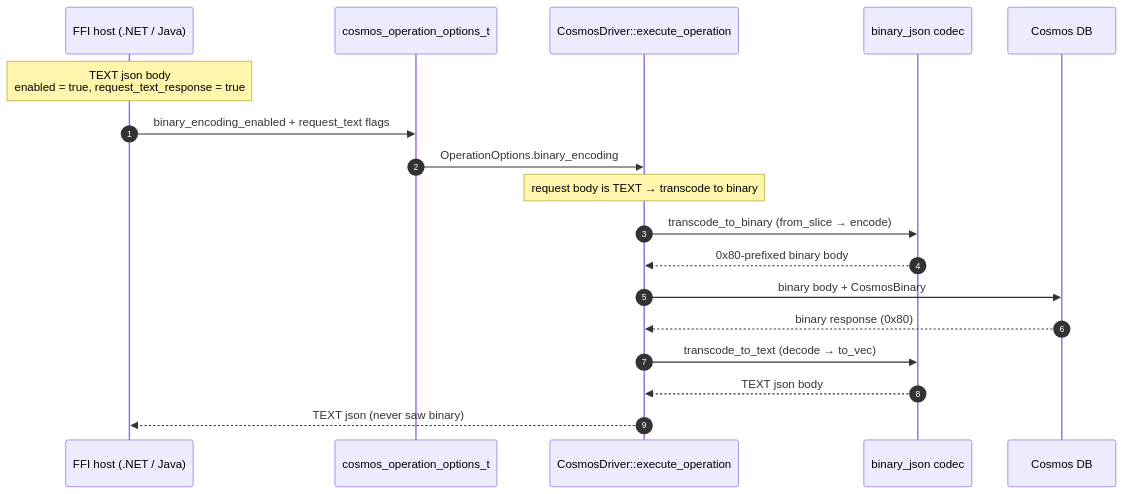
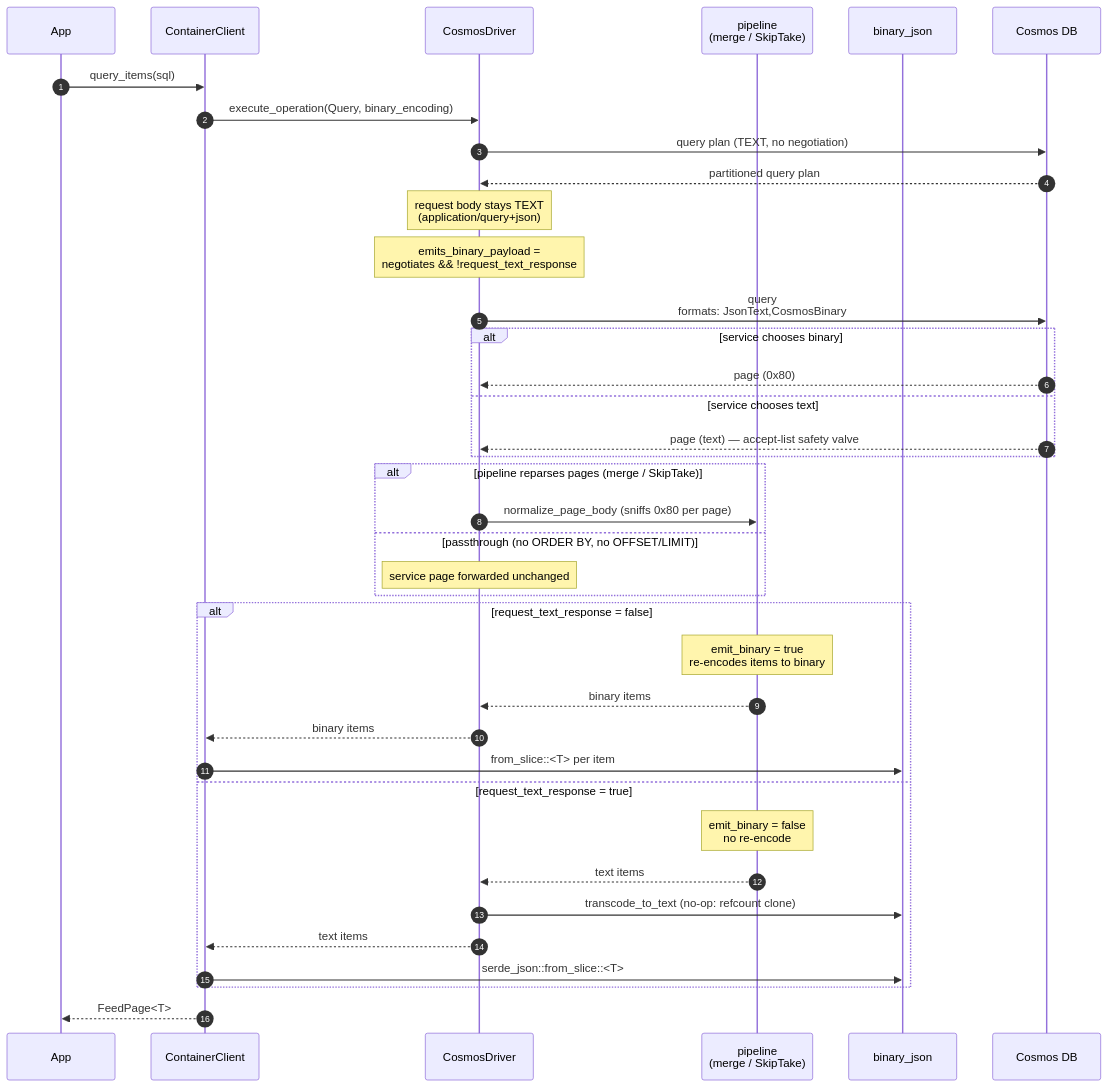
One commit to Azure/azure-sdk-for-rust changed the sixth of 6 diagrams in sdk/cosmos/azure_data_cosmos_driver/docs/BINARY_ENCODING_HLD.md. Above: the diagram before and after it, drawn with Mermaid. The commit also changed other lines of this file and 9 other files, not shown here.

````diff
--- a/sdk/cosmos/azure_data_cosmos_driver/docs/BINARY_ENCODING_HLD.md
+++ b/sdk/cosmos/azure_data_cosmos_driver/docs/BINARY_ENCODING_HLD.md
@@ -296,21 +342,47 @@
 ```mermaid
 sequenceDiagram
     autonumber
-    participant Host as FFI host (.NET / Java)
-    participant ABI as cosmos_operation_options_t
-    participant DRV as CosmosDriver::execute_operation
-    participant Cod as binary_json codec
+    participant App
+    participant SDK as ContainerClient
+    participant DRV as CosmosDriver
+    participant PIPE as pipeline<br/>(merge / SkipTake)
+    participant Cod as binary_json
     participant Svc as Cosmos DB
 
-    Note over Host: TEXT json body<br/>enabled = true, request_text_response = true
-    Host->>ABI: binary_encoding_enabled + request_text flags
-    ABI->>DRV: OperationOptions.binary_encoding
-    Note over DRV: request body is TEXT → transcode to binary
-    DRV->>Cod: transcode_to_binary (from_slice → encode)
-    Cod-->>DRV: 0x80-prefixed binary body
-    DRV->>Svc: binary body + CosmosBinary
-    Svc-->>DRV: binary response (0x80)
-    DRV->>Cod: transcode_to_text (decode → to_vec)
-    Cod-->>DRV: TEXT json body
-    DRV-->>Host: TEXT json (never saw binary)
+    App->>SDK: query_items(sql)
+    SDK->>DRV: execute_operation(Query, binary_encoding)
+
+    DRV->>Svc: query plan (TEXT, no negotiation)
+    Svc-->>DRV: partitioned query plan
+
+    Note over DRV: request body stays TEXT<br/>(application/query+json)
+    Note over DRV: emits_binary_payload =<br/>negotiates && !request_text_response
+
+    DRV->>Svc: query<br/>formats: JsonText,CosmosBinary
+    alt service chooses binary
+        Svc-->>DRV: page (0x80)
+    else service chooses text
+        Svc-->>DRV: page (text) — accept-list safety valve
+    end
+
+    alt pipeline reparses pages (merge / SkipTake)
+        DRV->>PIPE: normalize_page_body (sniffs 0x80 per page)
+    else passthrough (no ORDER BY, no OFFSET/LIMIT)
+        Note over DRV: service page forwarded unchanged
+    end
+
+    alt request_text_response = false
+        Note over PIPE: emit_binary = true<br/>re-encodes items to binary
+        PIPE-->>DRV: binary items
+        DRV-->>SDK: binary items
+        SDK->>Cod: from_slice::<T> per item
+    else request_text_response = true
+        Note over PIPE: emit_binary = false<br/>no re-encode
+        PIPE-->>DRV: text items
+        DRV->>Cod: transcode_to_text (no-op: refcount clone)
+        DRV-->>SDK: text items
+        SDK->>Cod: serde_json::from_slice::<T>
+    end
+
+    SDK-->>App: FeedPage<T>
 ```
````
